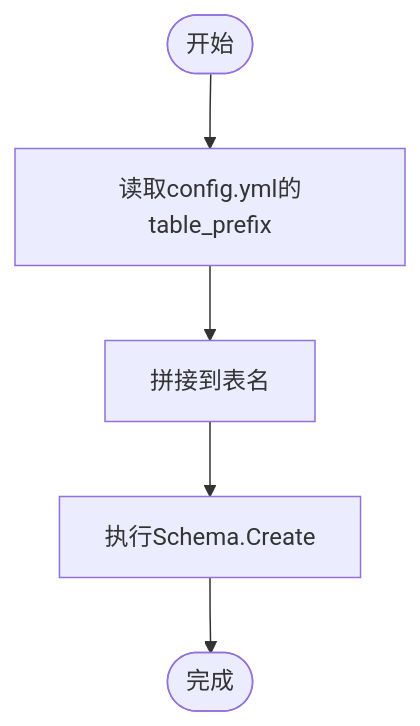
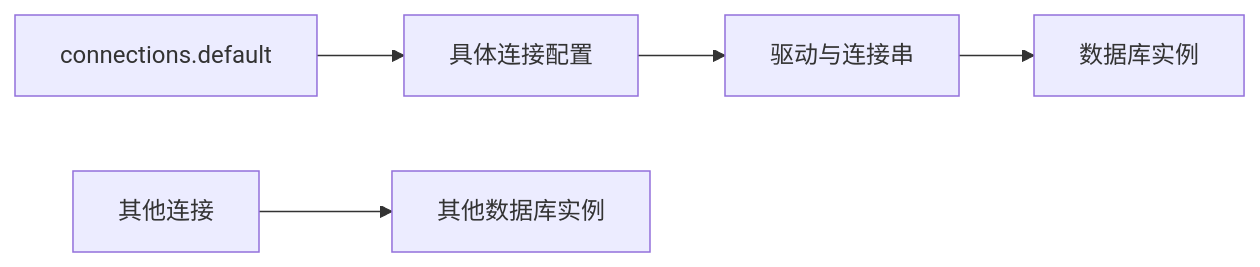
Before and after one commit to wuwuseo/e-sports-go-admin: the sixth of 7 diagrams in .qoder/repowiki/zh/content/配置管理/数据库配置.md, drawn with Mermaid. The commit also changed other lines of this file and 115 other files, not shown here.

````diff
--- a/.qoder/repowiki/zh/content/配置管理/数据库配置.md
+++ b/.qoder/repowiki/zh/content/配置管理/数据库配置.md
@@ -248,7 +196,7 @@
 ```mermaid
-flowchart TD
-Start(["开始"]) --> ReadCfg["读取config.yml的table_prefix"]
-ReadCfg --> ApplyPrefix["拼接到表名"]
-ApplyPrefix --> Migrate["执行Schema.Create"]
-Migrate --> End(["完成"])
+graph LR
+Cfg["connections.default"] --> Conn["具体连接配置"]
+Conn --> Driver["驱动与连接串"]
+Driver --> DB["数据库实例"]
+Conn2["其他连接"] --> DB2["其他数据库实例"]
 ```
````
